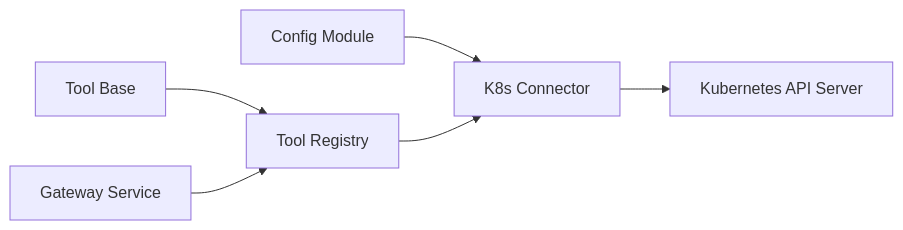
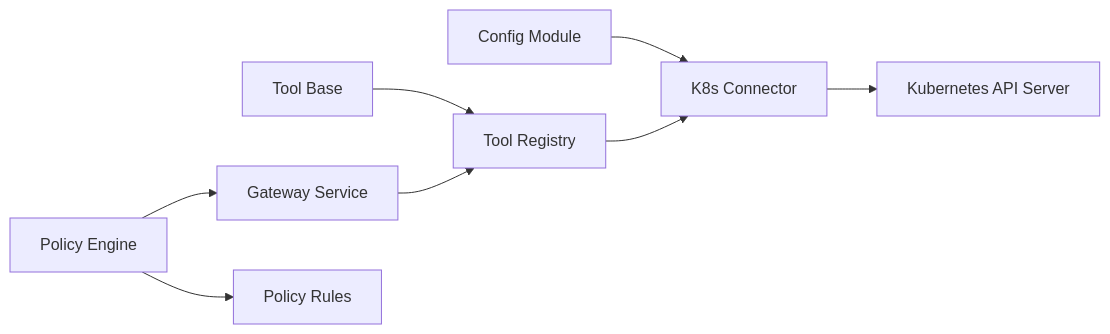
Before and after one commit to metasync/luban-aiops: the seventh of 7 diagrams in .qoder/repowiki/en/content/Tool Gateway Service/Kubernetes Integration and Resource Management.md, drawn with Mermaid. The commit also changed other lines of this file and 43 other files, not shown here.

````diff
--- a/.qoder/repowiki/en/content/Tool Gateway Service/Kubernetes Integration and Resource Management.md
+++ b/.qoder/repowiki/en/content/Tool Gateway Service/Kubernetes Integration and Resource Management.md
@@ -246,8 +385,10 @@
 ```mermaid
 graph LR
 Config["Config Module"] --> Connector["K8s Connector"]
 Base["Tool Base"] --> Registry["Tool Registry"]
 Registry --> Connector
 Gateway["Gateway Service"] --> Registry
+Policy["Policy Engine"] --> Gateway
 Connector --> K8S["Kubernetes API Server"]
+Policy --> Rules["Policy Rules"]
 ```
````
